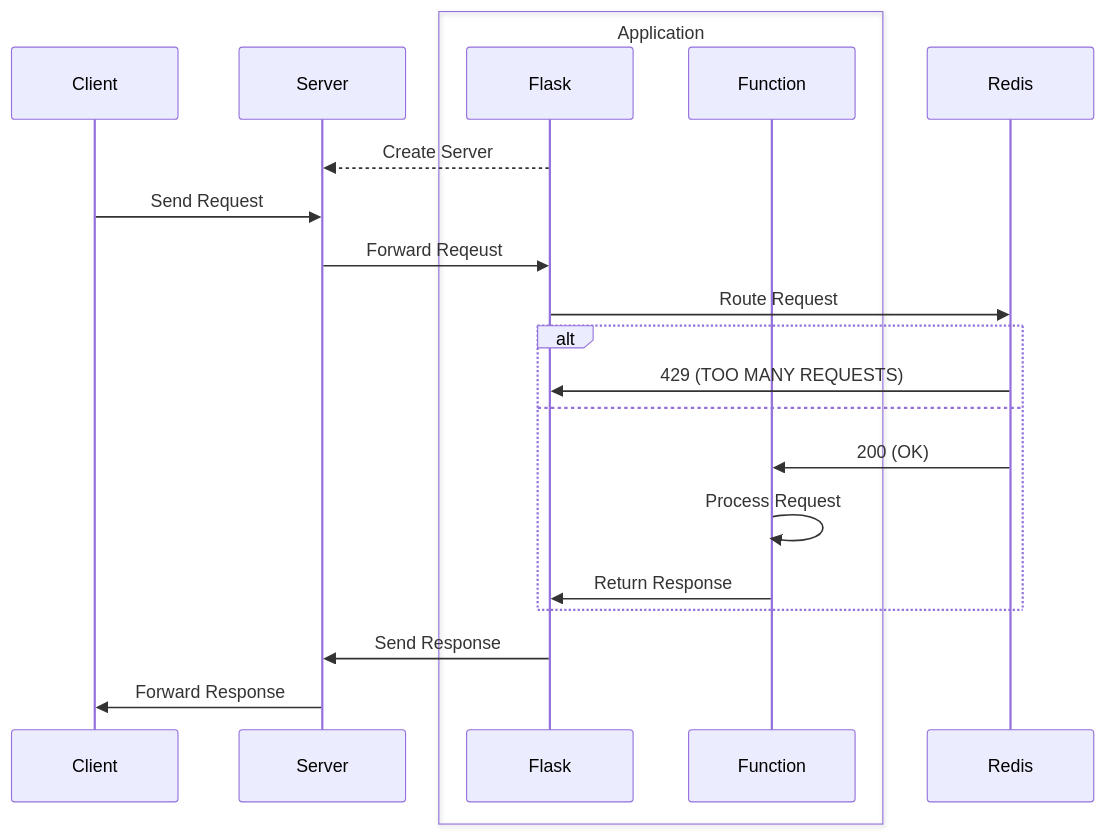
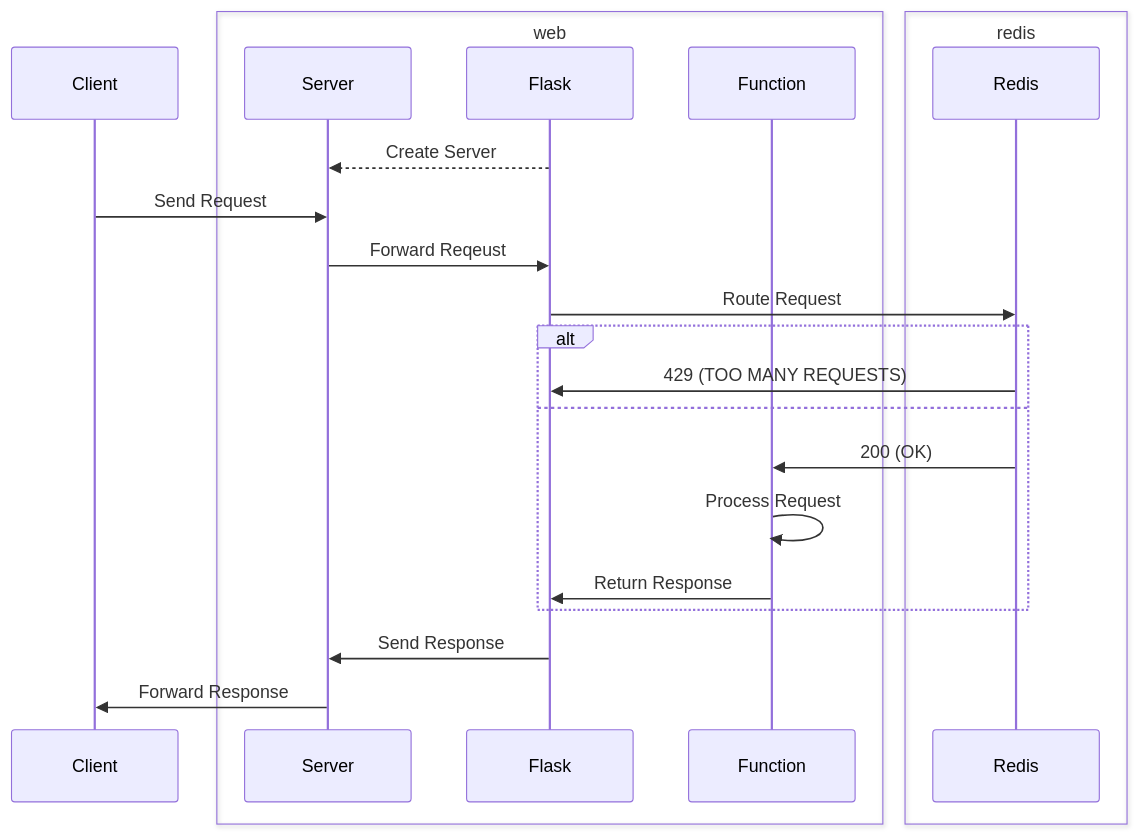
Before and after one commit to kaizen-ai/kaizenflow: the second of 2 diagrams in sorrentum_sandbox/spring2024/Spring2024_Rate_Limiting_API_with_Redis/README.md, drawn with Mermaid. The commit also changed other lines of this file, not shown here.

````diff
--- a/sorrentum_sandbox/spring2024/Spring2024_Rate_Limiting_API_with_Redis/README.md
+++ b/sorrentum_sandbox/spring2024/Spring2024_Rate_Limiting_API_with_Redis/README.md
@@ -76,23 +145,25 @@
 ```mermaid
 sequenceDiagram
     participant Client
-    participant Server
-    box Application
-    participant Flask
-    participant Function
+    box web
+        participant Server
+        participant Flask
+        participant Function
     end
-    participant Redis
+    box redis
+        participant Redis
+    end
     Flask-->>Server: Create Server
     Client->>Server: Send Request
     Server->>Flask: Forward Reqeust
     Flask->>Redis: Route Request
     alt
         Redis->>Flask: 429 (TOO MANY REQUESTS)
     else
         Redis->>Function: 200 (OK)
         Function->>Function: Process Request
         Function->>Flask: Return Response
     end
     Flask->>Server: Send Response
     Server->>Client: Forward Response
 ```
````
